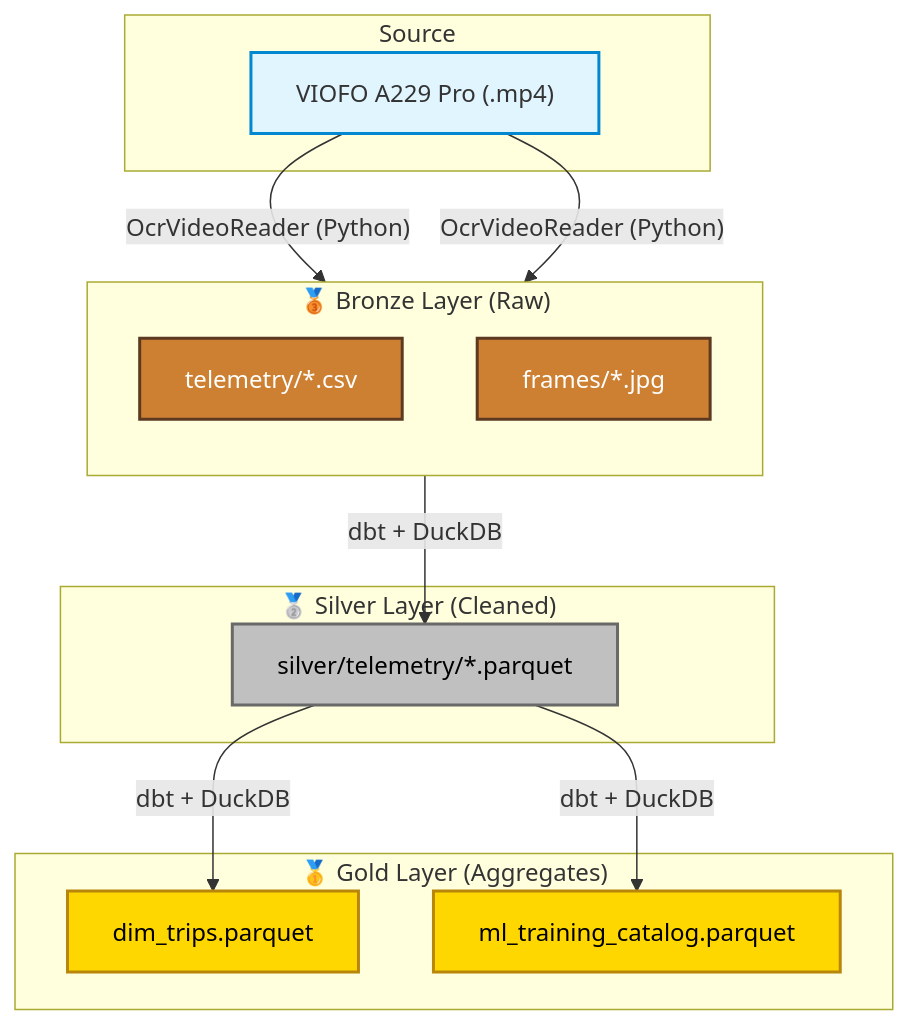
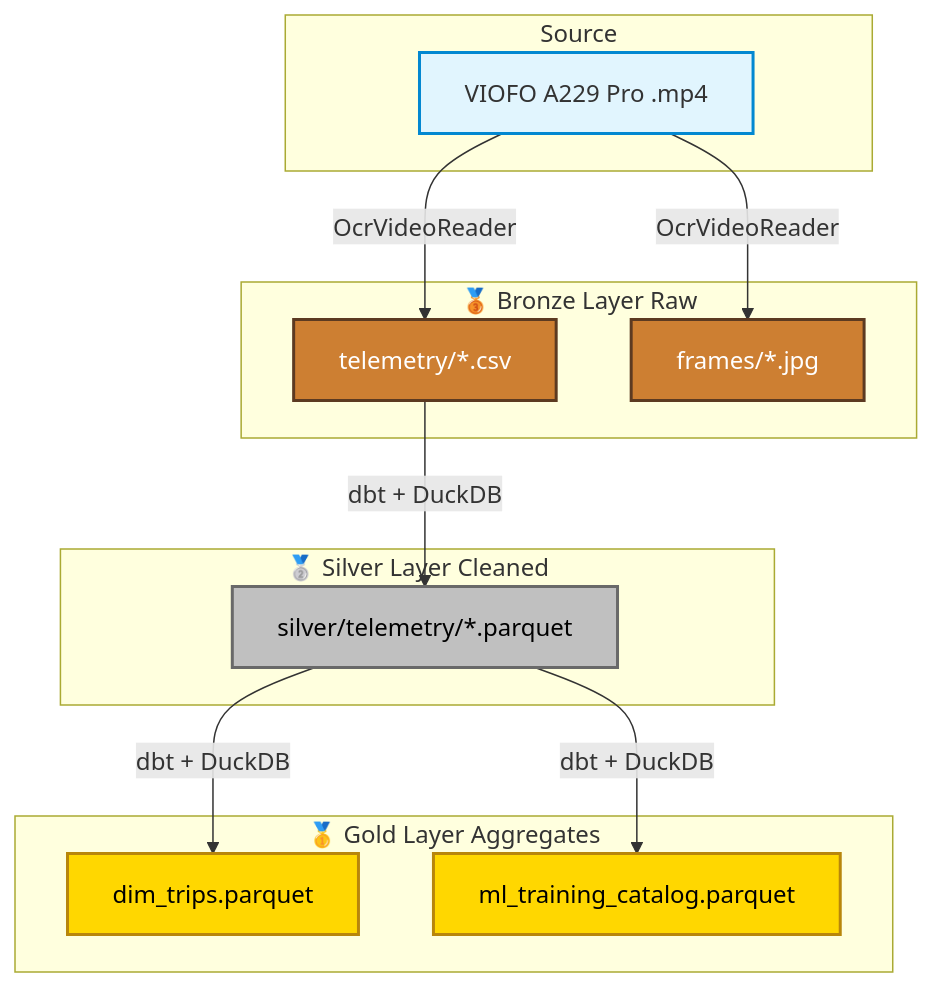
The diagram in README.md (rsanahi/trafficlens-data-lake), drawn with Mermaid before and after one commit.

Commit message:
docs(readme): fix mermaid syntax for older markdown previewers

````diff
--- a/README.md
+++ b/README.md
@@ -49,39 +49,38 @@
 ```mermaid
 flowchart TD
     subgraph Source
-        V["VIOFO A229 Pro (.mp4)"]
+        V[VIOFO A229 Pro .mp4]
     end
 
-    subgraph Bronze["🥉 Bronze Layer (Raw)"]
-        direction TB
-        CSV["telemetry/*.csv"]
-        IMG["frames/*.jpg"]
+    subgraph Bronze_Layer [🥉 Bronze Layer Raw]
+        CSV[telemetry/*.csv]
+        IMG[frames/*.jpg]
     end
 
-    subgraph Silver["🥈 Silver Layer (Cleaned)"]
-        Parquet1["silver/telemetry/*.parquet"]
+    subgraph Silver_Layer [🥈 Silver Layer Cleaned]
+        Parquet1[silver/telemetry/*.parquet]
     end
 
-    subgraph Gold["🥇 Gold Layer (Aggregates)"]
-        Parquet2["dim_trips.parquet"]
-        Parquet3["ml_training_catalog.parquet"]
+    subgraph Gold_Layer [🥇 Gold Layer Aggregates]
+        Parquet2[dim_trips.parquet]
+        Parquet3[ml_training_catalog.parquet]
     end
 
-    V -- "OcrVideoReader (Python)" --> CSV
-    V -- "OcrVideoReader (Python)" --> IMG
+    V -->|OcrVideoReader| CSV
+    V -->|OcrVideoReader| IMG
     
-    CSV -- "dbt + DuckDB" --> Parquet1
+    CSV -->|dbt + DuckDB| Parquet1
     
-    Parquet1 -- "dbt + DuckDB" --> Parquet2
-    Parquet1 -- "dbt + DuckDB" --> Parquet3
+    Parquet1 -->|dbt + DuckDB| Parquet2
+    Parquet1 -->|dbt + DuckDB| Parquet3
 
     classDef source fill:#e1f5fe,stroke:#0288d1,stroke-width:2px;
     classDef bronze fill:#cd7f32,stroke:#5c3a21,stroke-width:2px,color:#fff;
     classDef silver fill:#c0c0c0,stroke:#696969,stroke-width:2px,color:#000;
     classDef gold fill:#ffd700,stroke:#b8860b,stroke-width:2px,color:#000;
 
     class V source;
     class CSV,IMG bronze;
     class Parquet1 silver;
     class Parquet2,Parquet3 gold;
 ```
````
